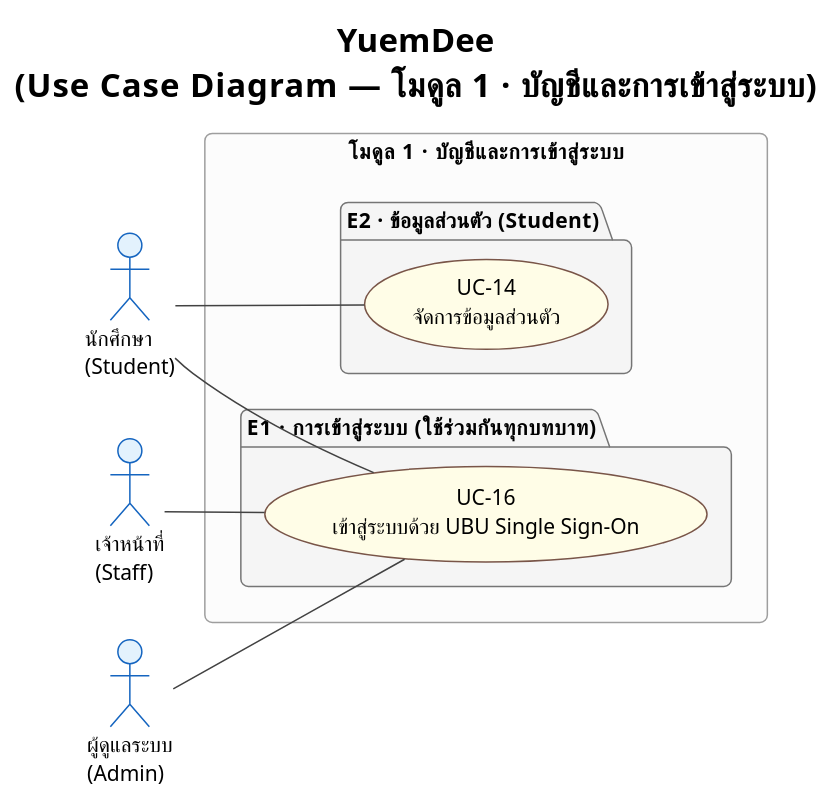
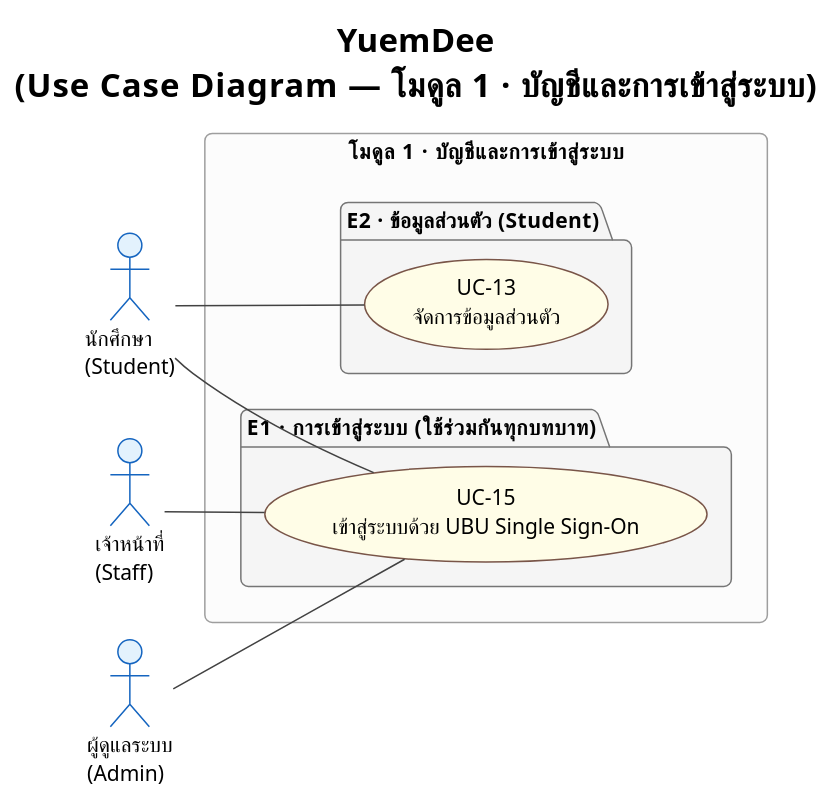
The diagram in docs/proposal/usecase/usecase_module1.puml (patlnwza-007/project-2569), drawn with PlantUML before and after one commit. The commit also changed other lines of this file and 176 other files, not shown here.

```diff
--- a/docs/proposal/usecase/usecase_module1.puml
+++ b/docs/proposal/usecase/usecase_module1.puml
@@ -6,49 +6,49 @@
 @startuml usecase_module1
 !theme plain
 skinparam defaultFontName TH Sarabun New
 skinparam defaultFontSize 14
 skinparam roundcorner 10
 
 skinparam usecase {
   BackgroundColor #FFFDE7
   BorderColor #795548
 }
 skinparam actor {
   BackgroundColor #E3F2FD
   BorderColor #1565C0
 }
 skinparam package {
   BackgroundColor #F5F5F5
   BorderColor #757575
   FontStyle bold
 }
 skinparam rectangle {
   BackgroundColor #FCFCFC
   BorderColor #9E9E9E
 }
 skinparam ArrowColor #424242
 
 title <b>YuemDee</b>\n(Use Case Diagram — โมดูล 1 · บัญชีและการเข้าสู่ระบบ)
 
 left to right direction
 
 actor "นักศึกษา\n(Student)" as Student
 actor "เจ้าหน้าที่\n(Staff)" as Staff
 actor "ผู้ดูแลระบบ\n(Admin)" as Admin
 
 rectangle "โมดูล 1 · บัญชีและการเข้าสู่ระบบ" {
   package "E1 · การเข้าสู่ระบบ (ใช้ร่วมกันทุกบทบาท)" {
-    usecase "UC-16\nเข้าสู่ระบบด้วย UBU Single Sign-On" as UC16
+    usecase "UC-15\nเข้าสู่ระบบด้วย UBU Single Sign-On" as UC15
   }
 
   package "E2 · ข้อมูลส่วนตัว (Student)" {
-    usecase "UC-14\nจัดการข้อมูลส่วนตัว" as UC14
+    usecase "UC-13\nจัดการข้อมูลส่วนตัว" as UC13
   }
 }
 
-Student -- UC16
-Staff -- UC16
-Admin -- UC16
-Student -- UC14
+Student -- UC15
+Staff -- UC15
+Admin -- UC15
+Student -- UC13
 
 @enduml
```
